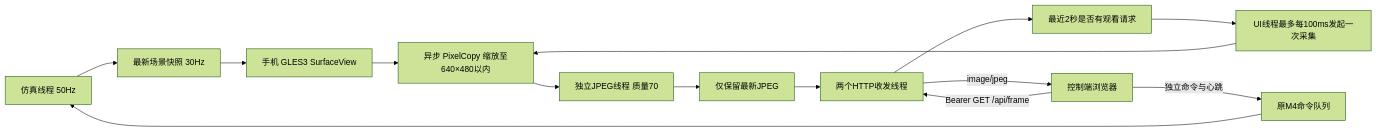
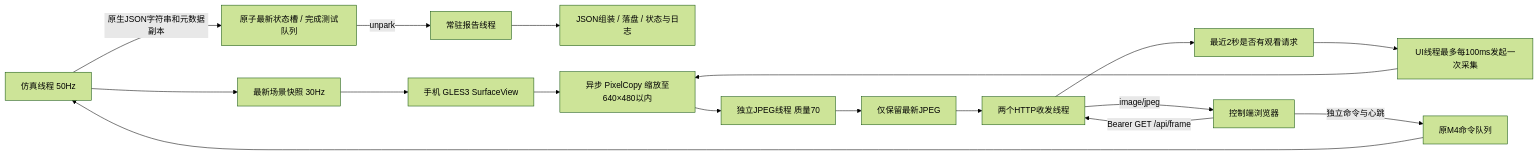
One commit to luoyanfeidao/microduck_android changed the diagram in VIDEO.md. Above: the diagram before and after it, drawn with Mermaid (forest theme). The commit also changed other lines of this file and 13 other files, not shown here.

````diff
--- a/VIDEO.md
+++ b/VIDEO.md
@@ -32,16 +36,19 @@
 ```mermaid
 flowchart LR
   Worker[仿真线程 50Hz] --> Snapshot[最新场景快照 30Hz]
+  Worker -->|原生JSON字符串和元数据副本| ReportSlots[原子最新状态槽 / 完成测试队列]
+  ReportSlots -->|unpark| ReportThread[常驻报告线程]
+  ReportThread --> Reports[JSON组装 / 落盘 / 状态与日志]
   Snapshot --> GLES[手机 GLES3 SurfaceView]
   Browser[控制端浏览器] -->|Bearer GET /api/frame| HTTP[两个HTTP收发线程]
   HTTP --> Demand[最近2秒是否有观看请求]
   Demand --> UI[UI线程最多每100ms发起一次采集]
   GLES --> Copy[异步 PixelCopy 缩放至640×480以内]
   UI --> Copy
   Copy --> Encoder[独立JPEG线程 质量70]
   Encoder --> Latest[仅保留最新JPEG]
   Latest --> HTTP
   HTTP -->|image/jpeg| Browser
   Browser -->|独立命令与心跳| Mailbox[原M4命令队列]
   Mailbox --> Worker
 ```
````
